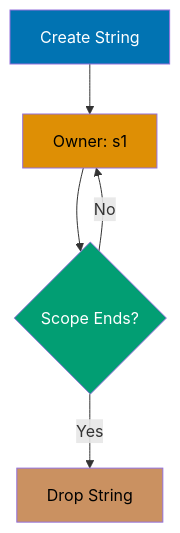
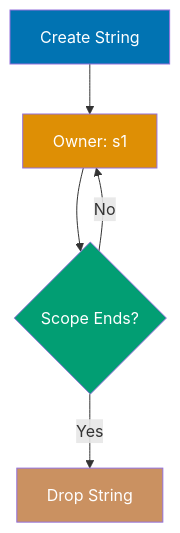
One commit to wahidyankf/open-sharia-enterprise changed the second of 9 diagrams in apps/ayokoding-web/content/en/learn/software-engineering/programming-languages/rust/by-example/beginner.md. Above: the diagram before and after it, drawn with Mermaid. The commit also changed other lines of this file and 61 other files, not shown here.

First line of the commit message:
fix(ayokoding-web): quote Mermaid node labels with special characters in Example 63

````diff
--- a/apps/ayokoding-web/content/en/learn/software-engineering/programming-languages/rust/by-example/beginner.md
+++ b/apps/ayokoding-web/content/en/learn/software-engineering/programming-languages/rust/by-example/beginner.md
@@ -482,12 +482,12 @@
 ```mermaid
 graph TD
     A[Create String] --> B[Owner: s1]
     B --> C{Scope Ends?}
     C -->|Yes| D[Drop String]
     C -->|No| B
 
     style A fill:#0173B2,color:#fff
-    style B fill:#DE8F05,color:#000
+    style B fill:#DE8F05,color:#fff
     style C fill:#029E73,color:#fff
-    style D fill:#CA9161,color:#000
+    style D fill:#CA9161,color:#fff
 ```
````
